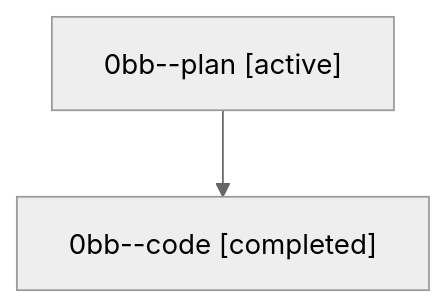
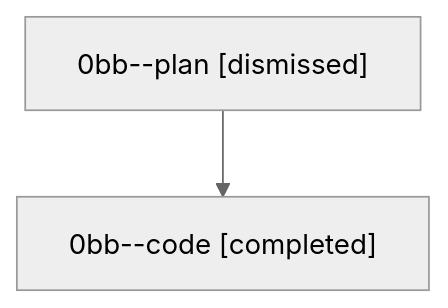
One commit to sase-org/sase--agents changed the diagram in sessions/bbugyi200.athena.0bb.md. Above: the diagram before and after it, drawn with Mermaid (neutral theme). The commit also changed other lines of this file and 25 other files, not shown here.

````diff
--- a/sessions/bbugyi200.athena.0bb.md
+++ b/sessions/bbugyi200.athena.0bb.md
@@ -9,6 +9,6 @@
 ```mermaid
 flowchart TD
-  n0["0bb--plan [active]"]
+  n0["0bb--plan [dismissed]"]
   n1["0bb--code [completed]"]
   n0 --> n1
 ```
````
